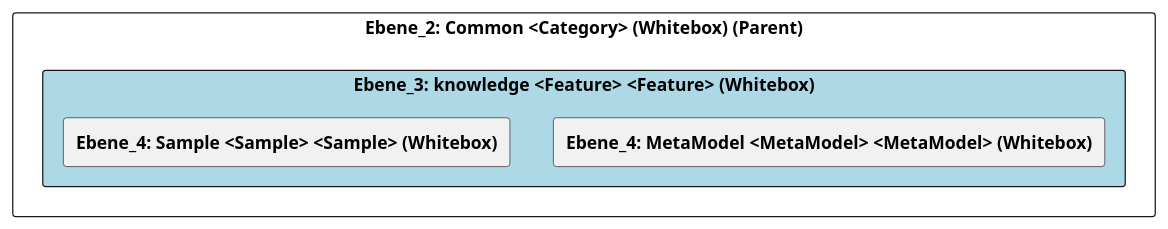
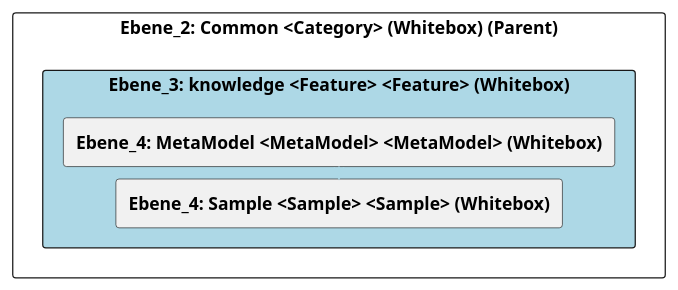
One commit to marcozwyssig/cleon changed the diagram in doc/cleonproject_deliverables_architecture_model_architecture/adoc/de/05_bausteinsicht/cleon/common/knowledge/ebene_3_knowledge.adoc. Above: the diagram before and after it, drawn with PlantUML. The commit also changed other lines of this file and 214 other files, not shown here.

```diff
--- a/doc/cleonproject_deliverables_architecture_model_architecture/adoc/de/05_bausteinsicht/cleon/common/knowledge/ebene_3_knowledge.adoc
+++ b/doc/cleonproject_deliverables_architecture_model_architecture/adoc/de/05_bausteinsicht/cleon/common/knowledge/ebene_3_knowledge.adoc
@@ -20,25 +20,28 @@
 [plantuml, Ebene_3: knowledge <Feature> <Feature> (Whitebox)BlockOverview, format="svg"]
 ----
 @startuml Ebene_3: knowledge <Feature> <Feature> (Whitebox)BuildingBlockOverview
 
 skinparam ranksep 10
 skinparam componentStyle rectangle
 skinparam shadowing false
 skinparam arrowColor lightblue
 skinparam arrowThickness 1.2
 skinparam rectangle {
   BackgroundColor White
   BorderColor #333
   RoundCorner 10
 }
 top to bottom direction
 
 component "Ebene_2: Common <Category> (Whitebox) (Parent)" {
     component "Ebene_3: knowledge <Feature> <Feature> (Whitebox)" #lightblue {
         [**Ebene_4: MetaModel <MetaModel> <MetaModel> (Whitebox)**] as 4A57056D_D579_11EE_903E_9F564E4DE07E
         [**Ebene_4: Sample <Sample> <Sample> (Whitebox)**] as 4A56DE4C_D579_11EE_903E_9F564E4DE07E
     }
+
+    4A57056D_D579_11EE_903E_9F564E4DE07E -down-> 4A56DE4C_D579_11EE_903E_9F564E4DE07E
+    
 }
 
 @enduml
 ----
```
